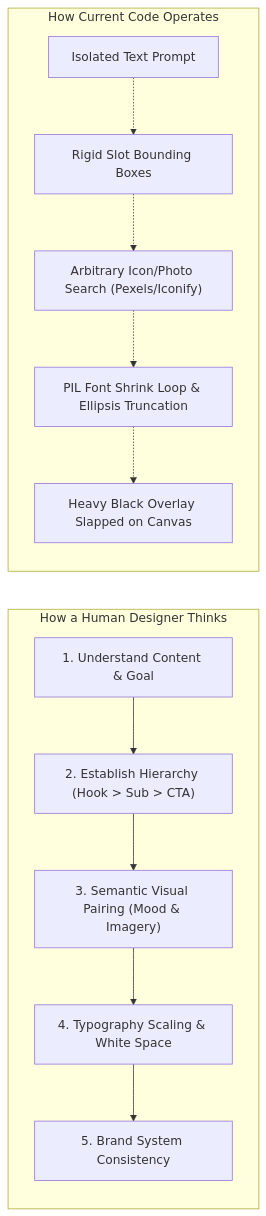
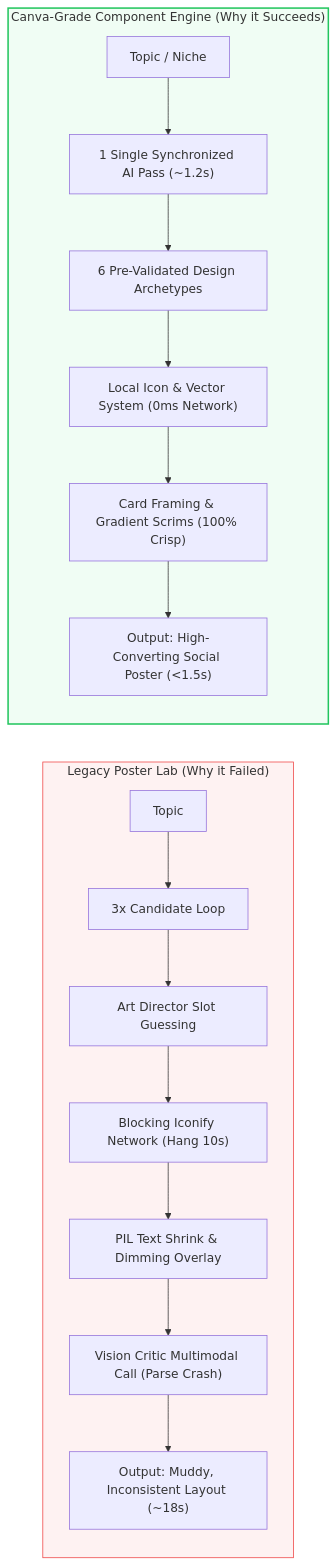
Before and after one commit to sabbir-shrabon/make-your-post: the second of 2 diagrams in docs/audit.md, drawn with Mermaid. The commit also changed other lines of this file and 72 other files, not shown here.

````diff
--- a/docs/audit.md
+++ b/docs/audit.md
@@ -36,16 +85,22 @@
 ```mermaid
-graph LR
-    subgraph ProfessionalDesigner["How a Human Designer Thinks"]
-        D1["1. Understand Content & Goal"] --> D2["2. Establish Hierarchy (Hook > Sub > CTA)"]
-        D2 --> D3["3. Semantic Visual Pairing (Mood & Imagery)"]
-        D3 --> D4["4. Typography Scaling & White Space"]
-        D4 --> D5["5. Brand System Consistency"]
+flowchart LR
+    subgraph LegacyEngine["Legacy Poster Lab (Why it Failed)"]
+        L1["Topic"] --> L2["3x Candidate Loop"]
+        L2 --> L3["Art Director Slot Guessing"]
+        L3 --> L4["Blocking Iconify Network (Hang 10s)"]
+        L4 --> L5["PIL Text Shrink & Dimming Overlay"]
+        L5 --> L6["Vision Critic Multimodal Call (Parse Crash)"]
+        L6 --> L7["Output: Muddy, Inconsistent Layout (~18s)"]
     end
-    
-    subgraph CurrentCodebase["How Current Code Operates"]
-        C1["Isolated Text Prompt"] -.-> C2["Rigid Slot Bounding Boxes"]
-        C2 -.-> C3["Arbitrary Icon/Photo Search (Pexels/Iconify)"]
-        C3 -.-> C4["PIL Font Shrink Loop & Ellipsis Truncation"]
-        C4 -.-> C5["Heavy Black Overlay Slapped on Canvas"]
+
+    subgraph CanvaEngine["Canva-Grade Component Engine (Why it Succeeds)"]
+        C1["Topic / Niche"] --> C2["1 Single Synchronized AI Pass (~1.2s)"]
+        C2 --> C3["6 Pre-Validated Design Archetypes"]
+        C3 --> C4["Local Icon & Vector System (0ms Network)"]
+        C4 --> C5["Card Framing & Gradient Scrims (100% Crisp)"]
+        C5 --> C6["Output: High-Converting Social Poster (<1.5s)"]
     end
+
+    style LegacyEngine fill:#fef2f2,stroke:#ef4444,stroke-width:1px
+    style CanvaEngine fill:#f0fdf4,stroke:#22c55e,stroke-width:2px
 ```
````
